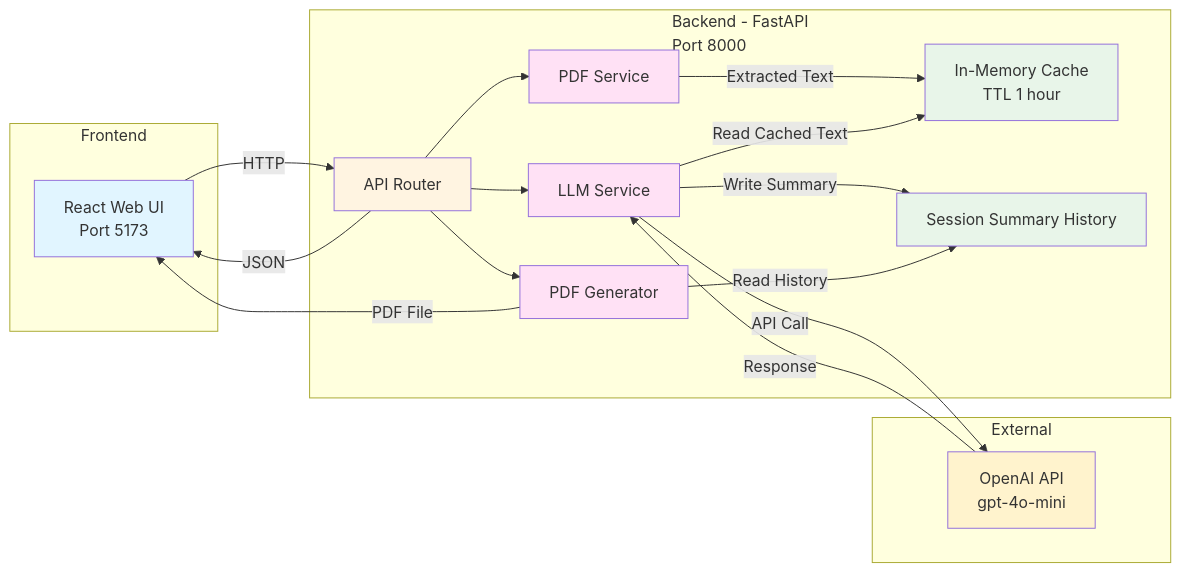
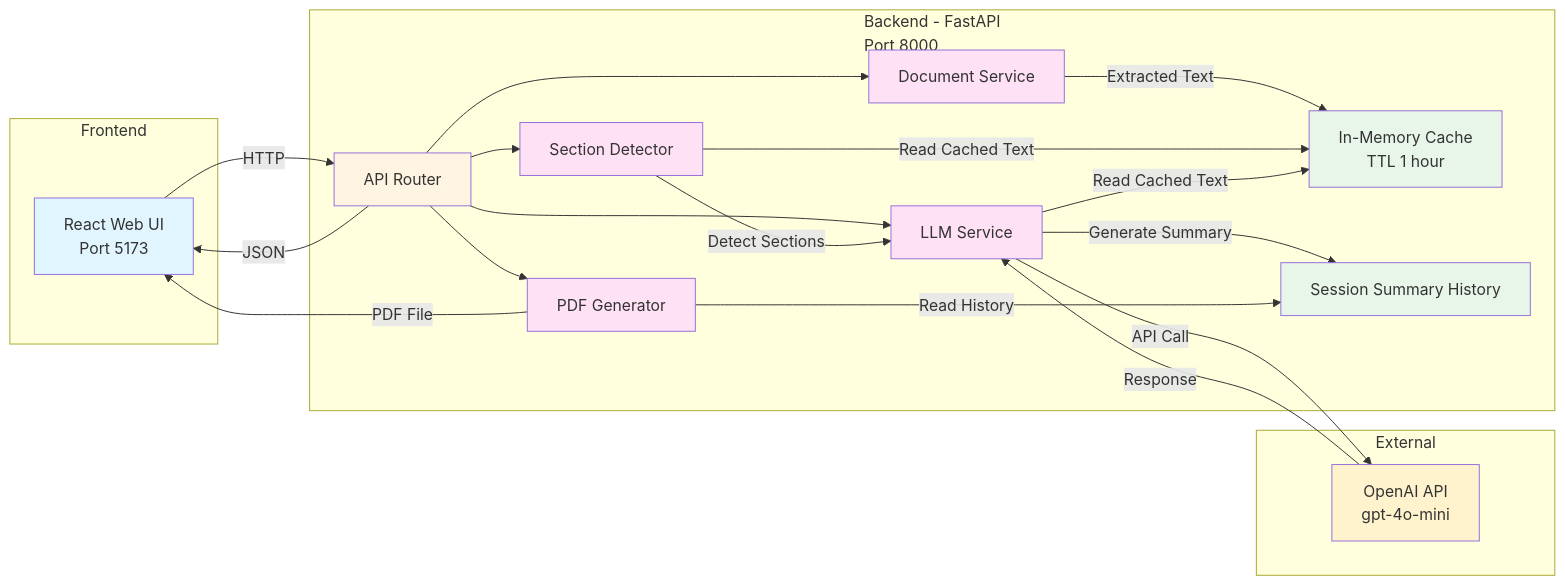
Before and after one commit to cld2labs/FinSights: the diagram in README.md, drawn with Mermaid. The commit also changed other lines of this file, not shown here.

````diff
--- a/README.md
+++ b/README.md
@@ -42,52 +42,57 @@
 ```mermaid
 graph LR
 
   %% ====== FRONTEND ======
   subgraph FE[Frontend]
     A[React Web UI<br/>Port 5173]
   end
 
   %% ====== BACKEND ======
   subgraph BE[Backend - FastAPI<br/>Port 8000]
     B[API Router]
-    E[PDF Service]
+    E[Document Service]
+    S[Section Detector]
     D[LLM Service]
     K[PDF Generator]
     G[In-Memory Cache<br/>TTL 1 hour]
     H[Session Summary History]
   end
 
   %% ====== EXTERNAL ======
   subgraph EXT[External]
     F[OpenAI API<br/>gpt-4o-mini]
   end
 
   %% ====== CONNECTIONS (ARCHITECTURE) ======
   A -->|HTTP| B
 
   B --> E
+  B --> S
   B --> D
   B --> K
 
   E -->|Extracted Text| G
+  S -->|Read Cached Text| G
+  S -->|Detect Sections| D
   D -->|Read Cached Text| G
-  D -->|Write Summary| H
+  D -->|Generate Summary| H
   K -->|Read History| H
 
   D -->|API Call| F
   F -->|Response| D
 
   B -->|JSON| A
   K -->|PDF File| A
 
   %% ====== STYLES ======
   style A fill:#e1f5ff
   style B fill:#fff4e1
+  style S fill:#ffe1f5
   style D fill:#ffe1f5
   style E fill:#ffe1f5
   style K fill:#ffe1f5
   style F fill:#fff3cd
   style G fill:#e8f5e9
   style H fill:#e8f5e9
 
 ```
````
